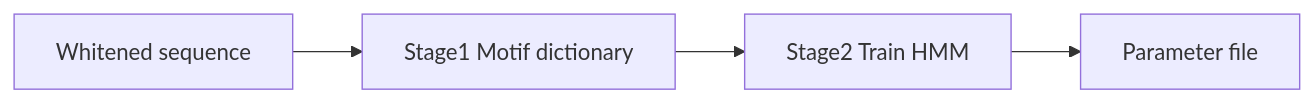
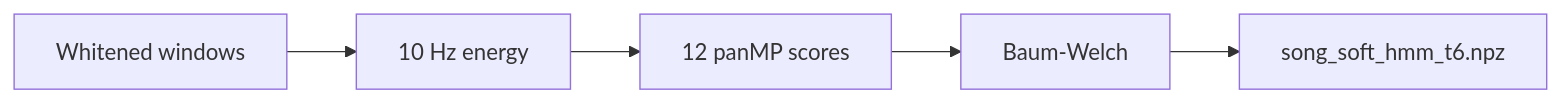
The diagram in plans/whale_song_pipeline.md (dotng14/panMP_whales), drawn with Mermaid before and after one commit. The commit also changed other lines of this file, not shown here.

````diff
--- a/plans/whale_song_pipeline.md
+++ b/plans/whale_song_pipeline.md
@@ -27,6 +28,7 @@
 ```mermaid
 flowchart LR
-  seq[Whitened sequence] --> motifs[Stage1 Motif dictionary]
-  motifs --> hmm[Stage2 Train HMM]
-  hmm --> saved[Parameter file]
+  gpl[Whitened windows] --> hz[10 Hz energy]
+  hz --> scores[12 panMP scores]
+  scores --> hmm[Baum-Welch]
+  hmm --> saved[song_soft_hmm_t6.npz]
 ```
````
